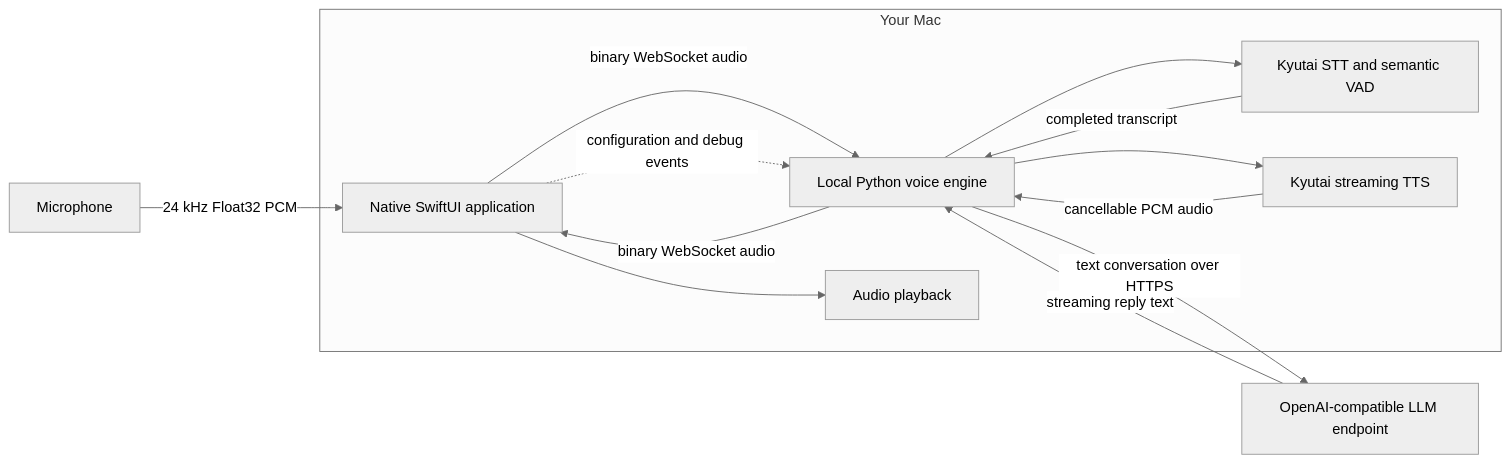
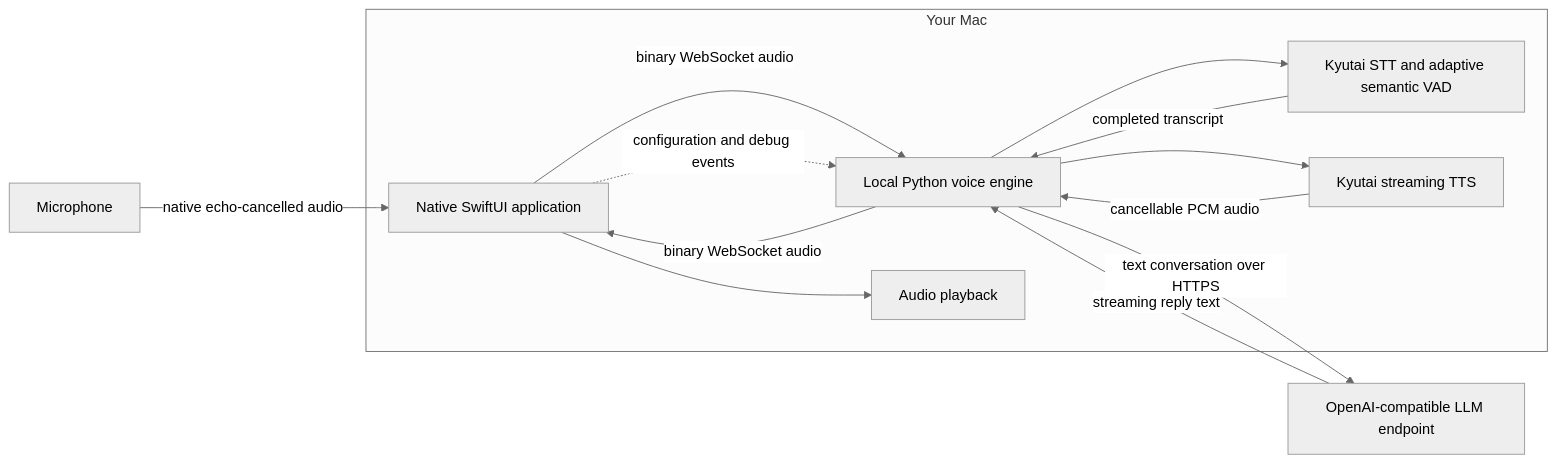
The diagram in README.md (sujalmandal/chirpy), drawn with Mermaid (neutral theme) before and after one commit. The commit also changed other lines of this file and 5 other files, not shown here.

````diff
--- a/README.md
+++ b/README.md
@@ -19,24 +19,24 @@
 ```mermaid
 flowchart LR
-    microphone[Microphone] -->|24 kHz Float32 PCM| app
+    microphone[Microphone] -->|native echo-cancelled audio| app
 
     subgraph mac[Your Mac]
         app[Native SwiftUI application]
         engine[Local Python voice engine]
-        stt[Kyutai STT and semantic VAD]
+        stt[Kyutai STT and adaptive semantic VAD]
         tts[Kyutai streaming TTS]
         output[Audio playback]
 
         app -->|binary WebSocket audio| engine
         engine --> stt
         stt -->|completed transcript| engine
         engine --> tts
         tts -->|cancellable PCM audio| engine
         engine -->|binary WebSocket audio| app
         app --> output
     end
 
     engine -->|text conversation over HTTPS| llm[OpenAI-compatible LLM endpoint]
     llm -->|streaming reply text| engine
     app -.->|configuration and debug events| engine
 ```
````
